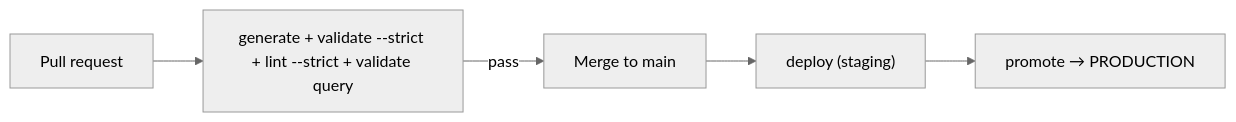
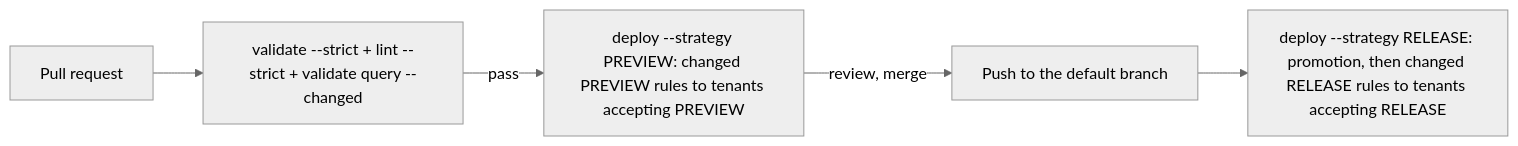
Before and after one commit to opentidehq/opentide: the diagram in docs/usage/workflows/ci-cd.md, drawn with Mermaid (neutral theme). The commit also changed other lines of this file and 141 other files, not shown here.

First line of the commit message:
0.17.0: deploy by status strategy (removes plans), changed-rule query validation, GitLab MR pipelines, proxy, generate warnings (#598)

````diff
--- a/docs/usage/workflows/ci-cd.md
+++ b/docs/usage/workflows/ci-cd.md
@@ -10,7 +10,7 @@
 ```mermaid
 flowchart LR
-  pr["Pull request"] --> validate["generate + validate --strict + lint --strict + validate query"]
-  validate -->|pass| merge["Merge to main"]
-  merge --> stage["deploy (staging)"]
-  stage --> promote["promote → PRODUCTION"]
+  pr["Pull request"] --> validate["validate --strict + lint --strict + validate query --changed"]
+  validate -->|pass| preview["deploy --strategy PREVIEW: changed PREVIEW rules to tenants accepting PREVIEW"]
+  preview -->|review, merge| merge["Push to the default branch"]
+  merge --> release["deploy --strategy RELEASE: promotion, then changed RELEASE rules to tenants accepting RELEASE"]
 ```
````
